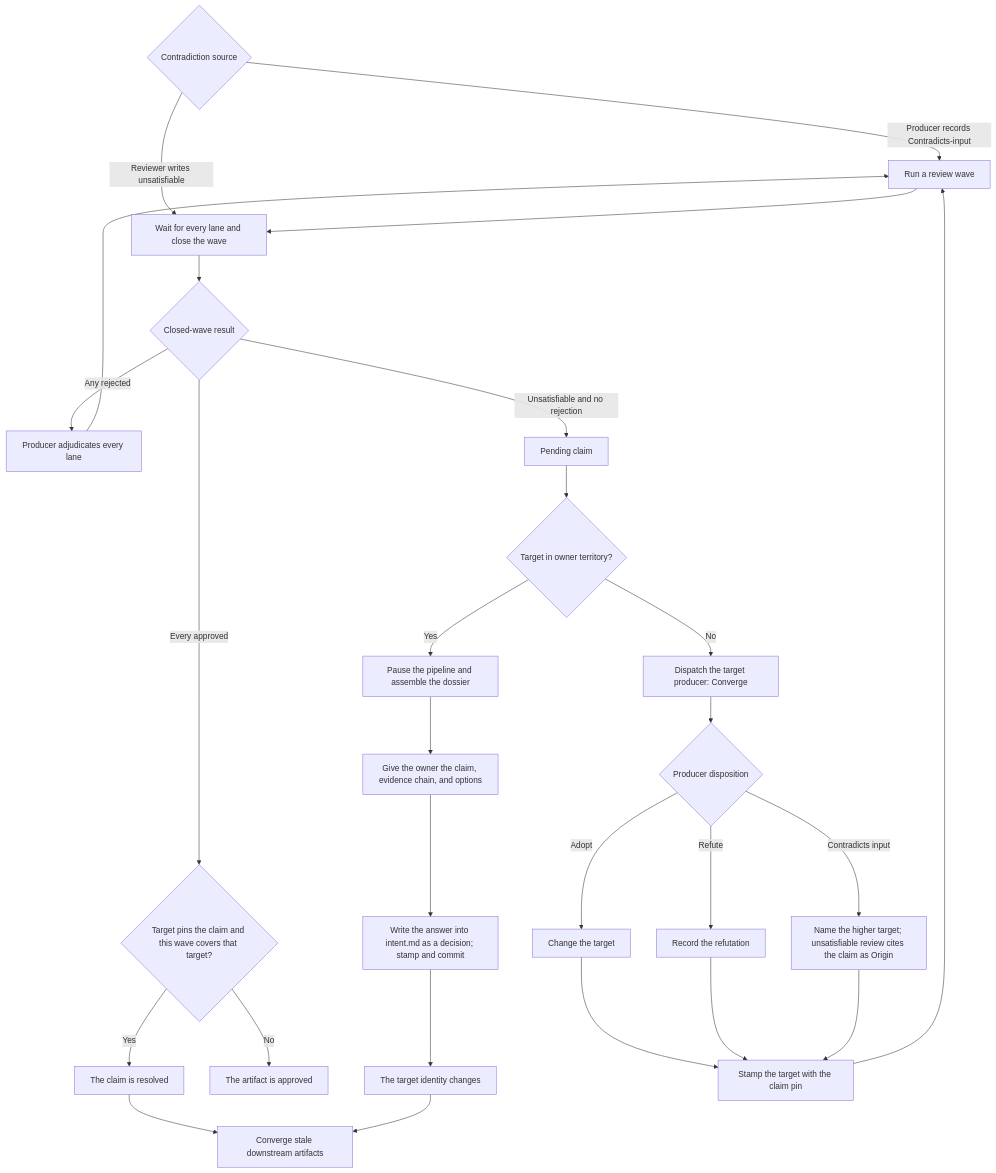
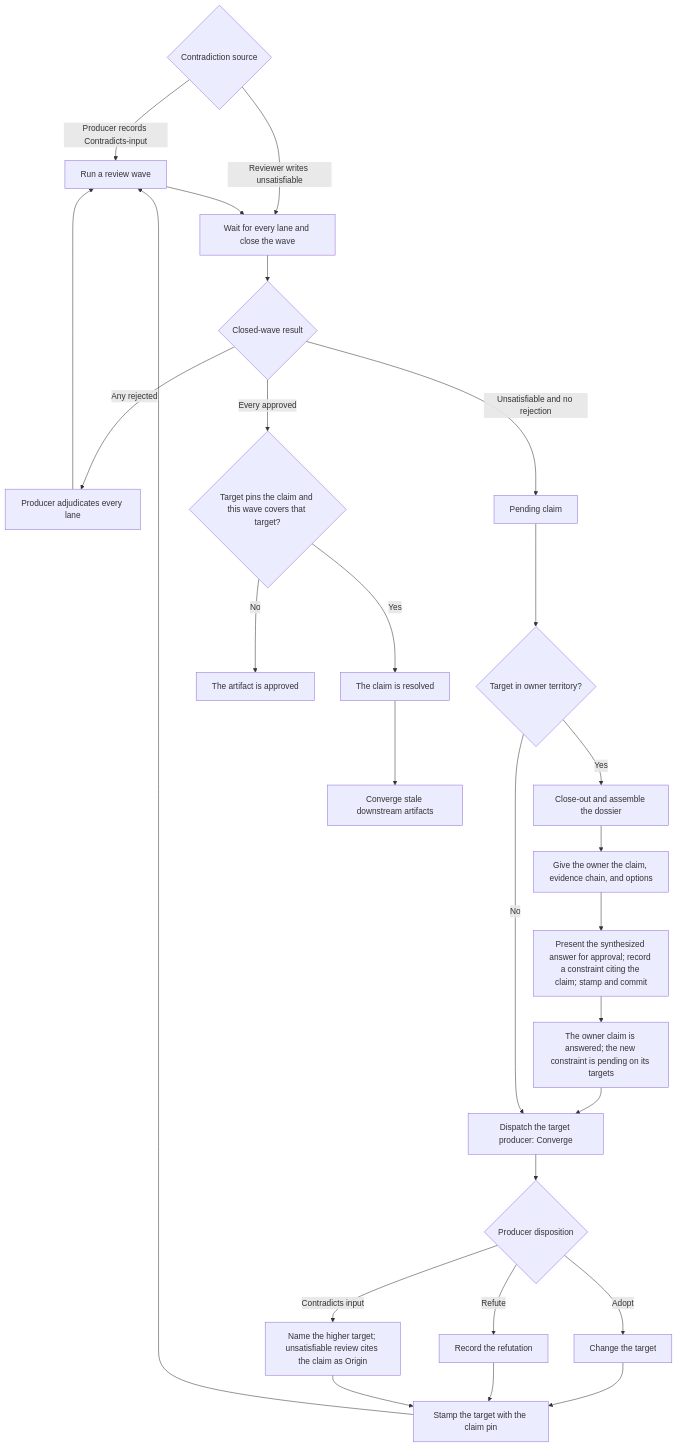
Before and after one commit to Automattic/radical-pipelines: the diagram in docs/flowcharts/escalation.md, drawn with Mermaid. The commit also changed 40 other files, not shown here.

````diff
--- a/docs/flowcharts/escalation.md
+++ b/docs/flowcharts/escalation.md
@@ -5,29 +5,29 @@
 ```mermaid
 flowchart TD
     START{"Contradiction source"} -->|Producer records Contradicts-input| A["Run a review wave"]
     START -->|Reviewer writes unsatisfiable| C
     A --> C["Wait for every lane and close the wave"]
     C --> D{"Closed-wave result"}
     D -->|Any rejected| E["Producer adjudicates every lane"]
     E --> A
     D -->|Every approved| F{"Target pins the claim and this wave covers that target?"}
     F -->|Yes| RESOLVED["The claim is resolved"]
     F -->|No| APPROVED["The artifact is approved"]
     D -->|Unsatisfiable and no rejection| G["Pending claim"]
     G --> H{"Target in owner territory?"}
-    H -->|Yes| I["Pause the pipeline and assemble the dossier"]
+    H -->|Yes| I["Close-out and assemble the dossier"]
     I --> J["Give the owner the claim, evidence chain, and options"]
-    J --> K["Write the answer into intent.md as a decision; stamp and commit"]
-    K --> CHANGED["The target identity changes"]
+    J --> K["Present the synthesized answer for approval; record a constraint citing the claim; stamp and commit"]
+    K --> ANSWERED["The owner claim is answered; the new constraint is pending on its targets"]
+    ANSWERED --> N
     H -->|No| N["Dispatch the target producer: Converge"]
     N --> O{"Producer disposition"}
     O -->|Adopt| P["Change the target"]
     O -->|Refute| Q["Record the refutation"]
     O -->|Contradicts input| R["Name the higher target; unsatisfiable review cites the claim as Origin"]
     P --> S["Stamp the target with the claim pin"]
     Q --> S
     R --> S
     S --> A
-    RESOLVED --> CASCADE
-    CHANGED --> CASCADE["Converge stale downstream artifacts"]
+    RESOLVED --> CASCADE["Converge stale downstream artifacts"]
 ```
````
